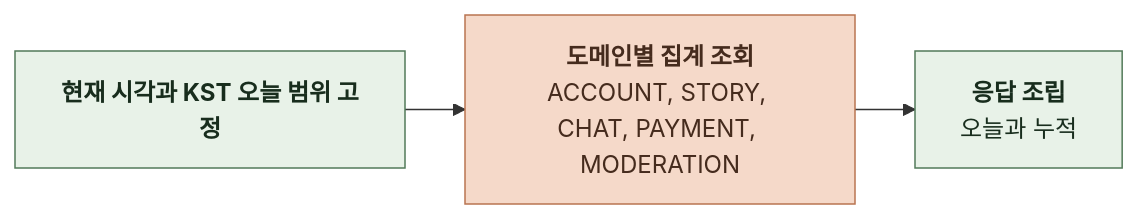
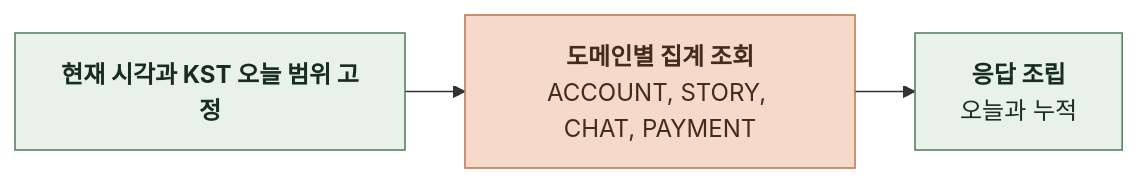
The fifth of 11 diagrams in docs/domain/ADMIN/BACKEND/4-1-PIPELINES.md (KIM-N-KANG/knk-harness), drawn with Mermaid before and after one commit. The commit also changed other lines of this file and 14 other files, not shown here.

````diff
--- a/docs/domain/ADMIN/BACKEND/4-1-PIPELINES.md
+++ b/docs/domain/ADMIN/BACKEND/4-1-PIPELINES.md
@@ -103,12 +137,12 @@
 ```mermaid
 %%{init: {"flowchart": {"curve": "basis", "nodeSpacing": 24, "rankSpacing": 40}}}%%
 flowchart LR
     A["`**현재 시각과 KST 오늘 범위 고정**`"] --> B["`**도메인별 집계 조회**
-ACCOUNT, STORY, CHAT, PAYMENT, MODERATION`"]
+ACCOUNT, STORY, CHAT, PAYMENT`"]
     B --> C["`**응답 조립**
 오늘과 누적`"]
     classDef comp fill:#E8F2E8,stroke:#527A59,color:#182D1D
     classDef task fill:#F5D9C9,stroke:#B97450,color:#452B1D
     class A,C comp
     class B task
 ```
````
